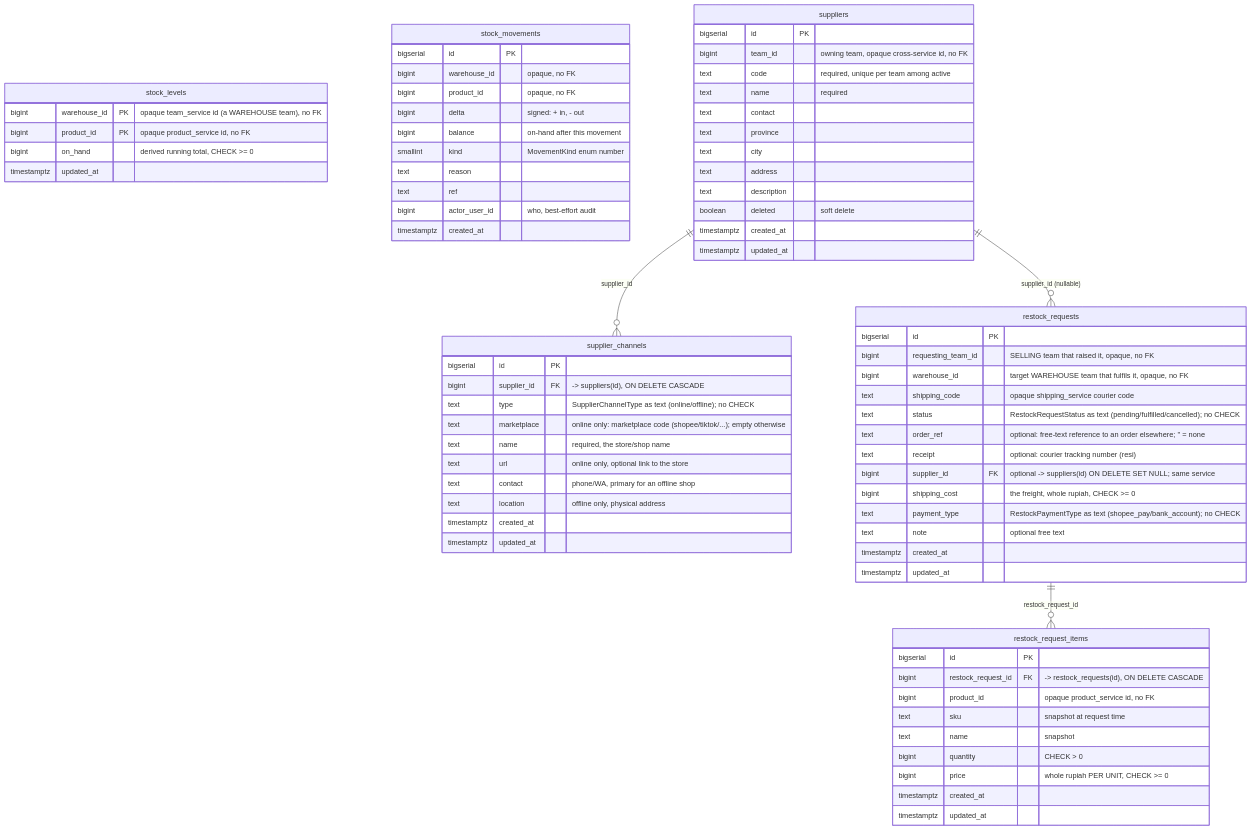
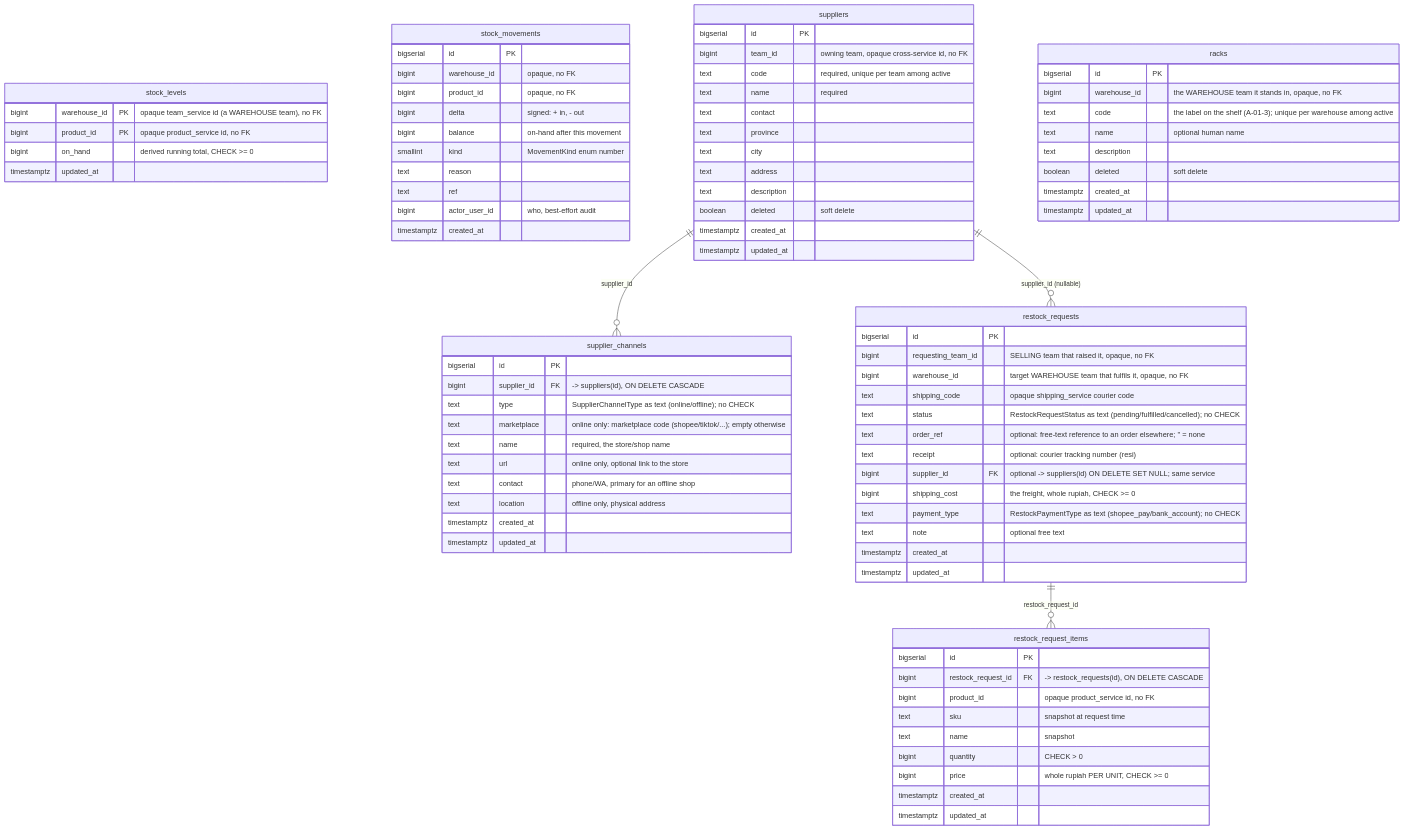
The eighth of 10 diagrams in docs/database-schema.md (pdcgo/warehouse_revamp), drawn with Mermaid before and after one commit. The commit also changed other lines of this file and 23 other files, not shown here.

```diff
--- a/docs/database-schema.md
+++ b/docs/database-schema.md
@@ -369,6 +369,17 @@
     }
 
     suppliers ||--o{ supplier_channels : "supplier_id"
+
+    racks {
+        bigserial   id           PK
+        bigint      warehouse_id "the WAREHOUSE team it stands in, opaque, no FK"
+        text        code         "the label on the shelf (A-01-3); unique per warehouse among active"
+        text        name         "optional human name"
+        text        description
+        boolean     deleted      "soft delete"
+        timestamptz created_at
+        timestamptz updated_at
+    }
 
     suppliers {
         bigserial   id          PK
```
